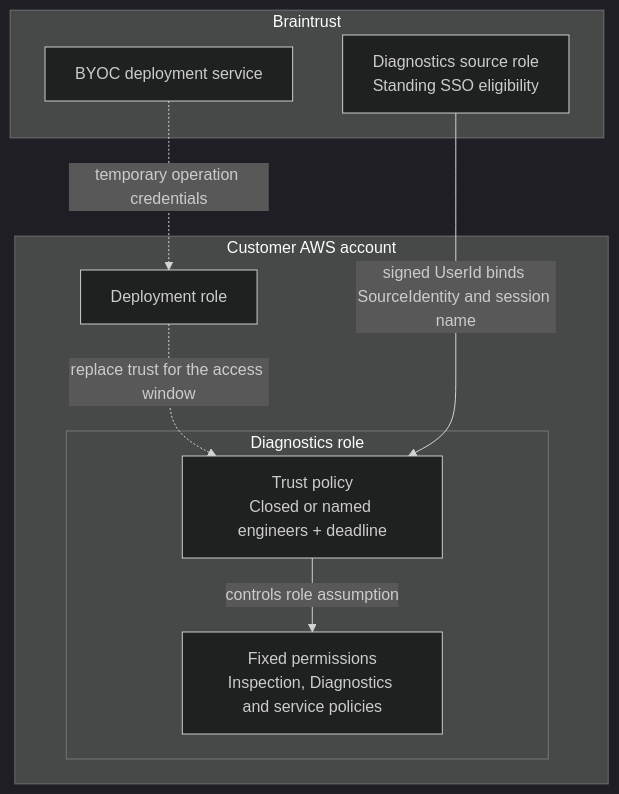
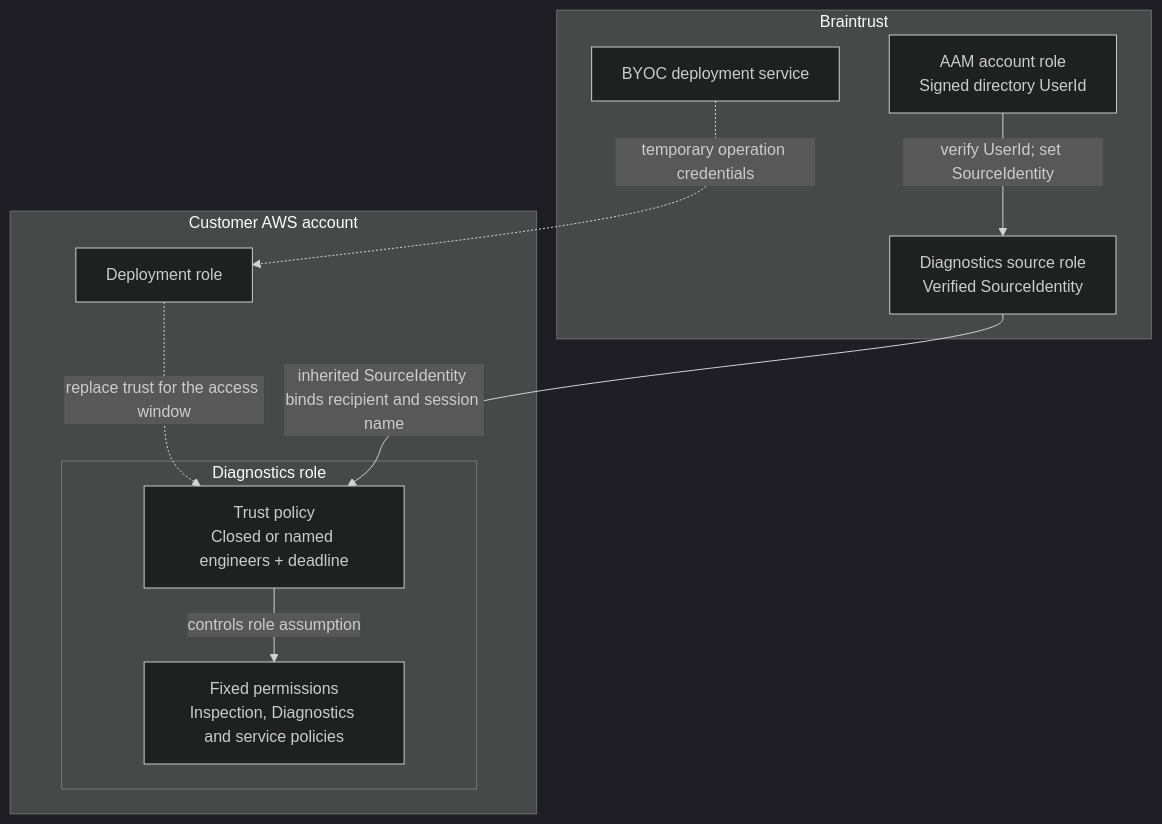
The diagram in managed-byoc-v2/diagnostics.md (braintrustdata/terraform-aws-braintrust-data-plane), drawn with Mermaid (dark theme) before and after one commit. The commit also changed other lines of this file and 6 other files, not shown here.

Commit message:
fix: use inherited identity in Diagnostics trust preview

````diff
--- a/managed-byoc-v2/diagnostics.md
+++ b/managed-byoc-v2/diagnostics.md
@@ -37,18 +37,20 @@
 ```mermaid
 flowchart TB
     subgraph BT[Braintrust]
-        S["Diagnostics source role<br/>Standing SSO eligibility"]
+        A["AAM account role<br/>Signed directory UserId"]
+        S["Diagnostics source role<br/>Verified SourceIdentity"]
+        A -->|verify UserId; set SourceIdentity| S
         B[BYOC deployment service]
     end
     subgraph CUSTOMER[Customer AWS account]
         D[Deployment role]
         subgraph G[Diagnostics role]
             T["Trust policy<br/>Closed or named engineers + deadline"]
             P["Fixed permissions<br/>Inspection, Diagnostics and service policies"]
             T -->|controls role assumption| P
         end
     end
     B -.->|temporary operation credentials| D
     D -.->|replace trust for the access window| T
-    S -->|signed UserId binds SourceIdentity and session name| T
+    S -->|inherited SourceIdentity binds recipient and session name| T
 ```
````
